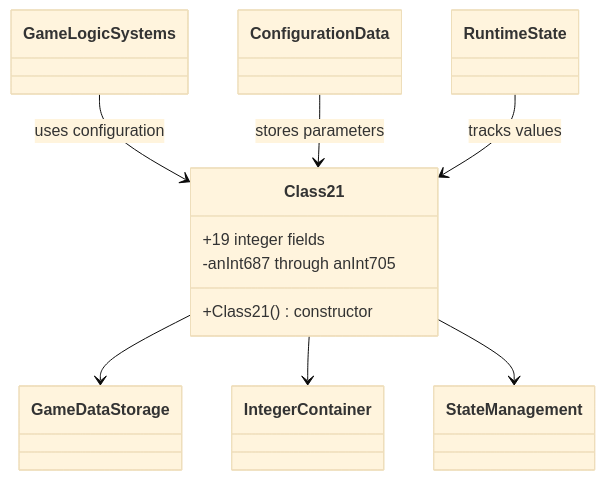
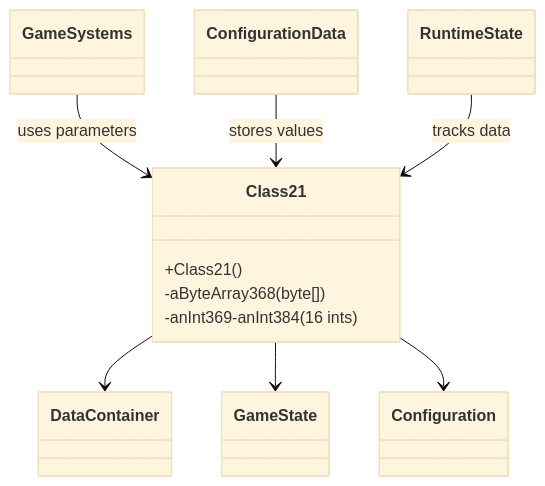
One commit to daxxog/solmud changed the first of 2 diagrams in bytecode/mapping/evidence/verified/Class21_LLORVYLP.md. Above: the diagram before and after it, drawn with Mermaid (base theme). The commit also changed other lines of this file and 19 other files, not shown here.

````diff
--- a/bytecode/mapping/evidence/verified/Class21_LLORVYLP.md
+++ b/bytecode/mapping/evidence/verified/Class21_LLORVYLP.md
@@ -16,12 +16,12 @@
 ```mermaid
 classDiagram
-    Class21 --> Game Data Storage
-    Class21 --> Integer Container
-    Class21 --> State Management
-    Game Logic Systems --> Class21 : uses configuration
-    Configuration Data --> Class21 : stores parameters
-    Runtime State --> Class21 : tracks values
-    Class21 : +19 integer fields
-    Class21 : -anInt687 through anInt705
-    Class21 : +Class21() constructor
+    Class21 --> Data Container
+    Class21 --> Game State
+    Class21 --> Configuration
+    Game Systems --> Class21 : uses parameters
+    Configuration Data --> Class21 : stores values
+    Runtime State --> Class21 : tracks data
+    Class21 : +Class21()
+    Class21 : -aByteArray368 (byte[])
+    Class21 : -anInt369-anInt384 (16 ints)
 ```
````
